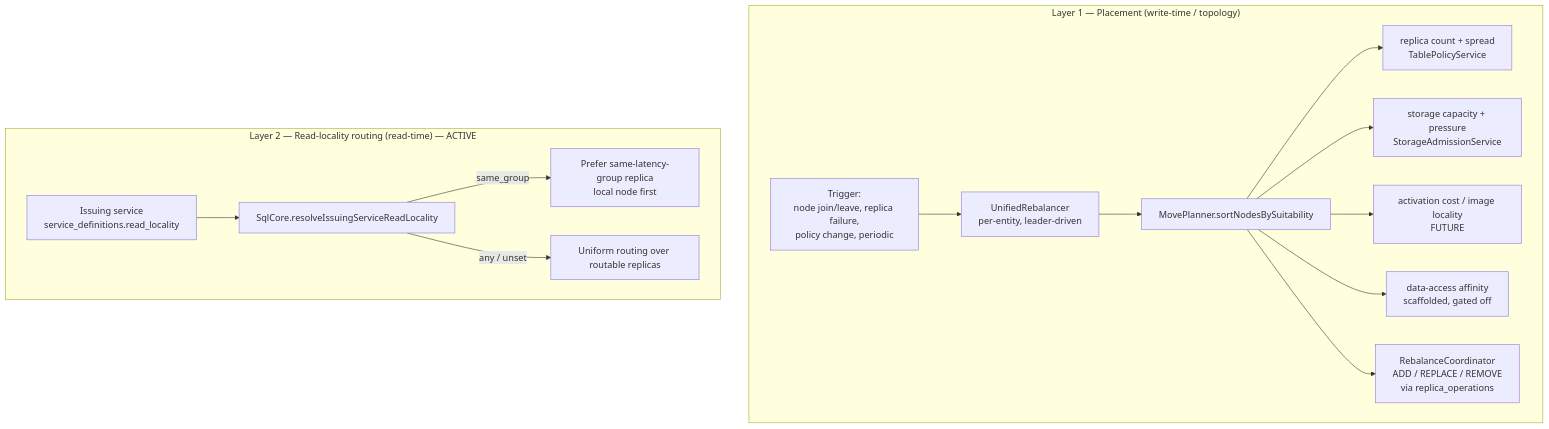
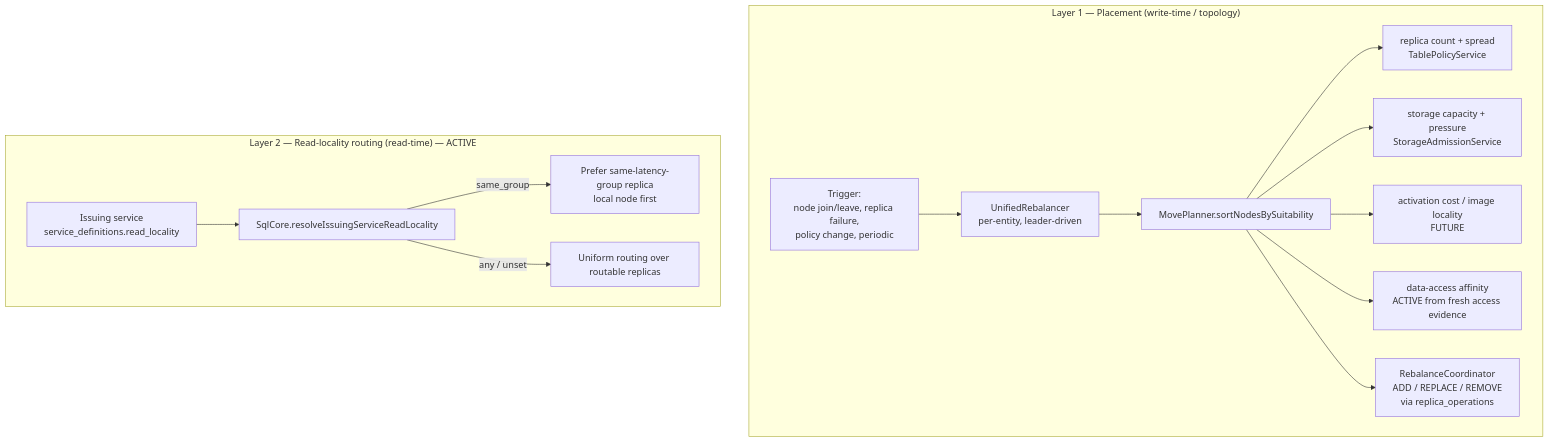
Before and after one commit to psvensson/lagrange: diagram 13 of 13 in architecture/lagrange_advanced_architecture_diagrams.md, drawn with Mermaid. The commit also changed other lines of this file and 28 other files, not shown here.

````diff
--- a/architecture/lagrange_advanced_architecture_diagrams.md
+++ b/architecture/lagrange_advanced_architecture_diagrams.md
@@ -365,19 +365,19 @@
 ```mermaid
 flowchart TD
 
 subgraph L1["Layer 1 — Placement (write-time / topology)"]
   Trigger[Trigger:<br>node join/leave, replica failure,<br>policy change, periodic] --> UR[UnifiedRebalancer<br>per-entity, leader-driven]
   UR --> MP[MovePlanner.sortNodesBySuitability]
   MP --> D1[replica count + spread<br>TablePolicyService]
   MP --> D2[storage capacity + pressure<br>StorageAdmissionService]
   MP --> D3[activation cost / image locality<br>FUTURE]
-  MP --> D4["data-access affinity<br>scaffolded, gated off"]
+  MP --> D4["data-access affinity<br>ACTIVE from fresh access evidence"]
   MP --> RC[RebalanceCoordinator<br>ADD / REPLACE / REMOVE<br>via replica_operations]
 end
 
 subgraph L2["Layer 2 — Read-locality routing (read-time) — ACTIVE"]
   Svc["Issuing service<br>service_definitions.read_locality"] --> SC["SqlCore.resolveIssuingServiceReadLocality"]
   SC -->|same_group| Local[Prefer same-latency-group replica<br>local node first]
   SC -->|any / unset| Uniform[Uniform routing over routable replicas]
 end
 ```
````
